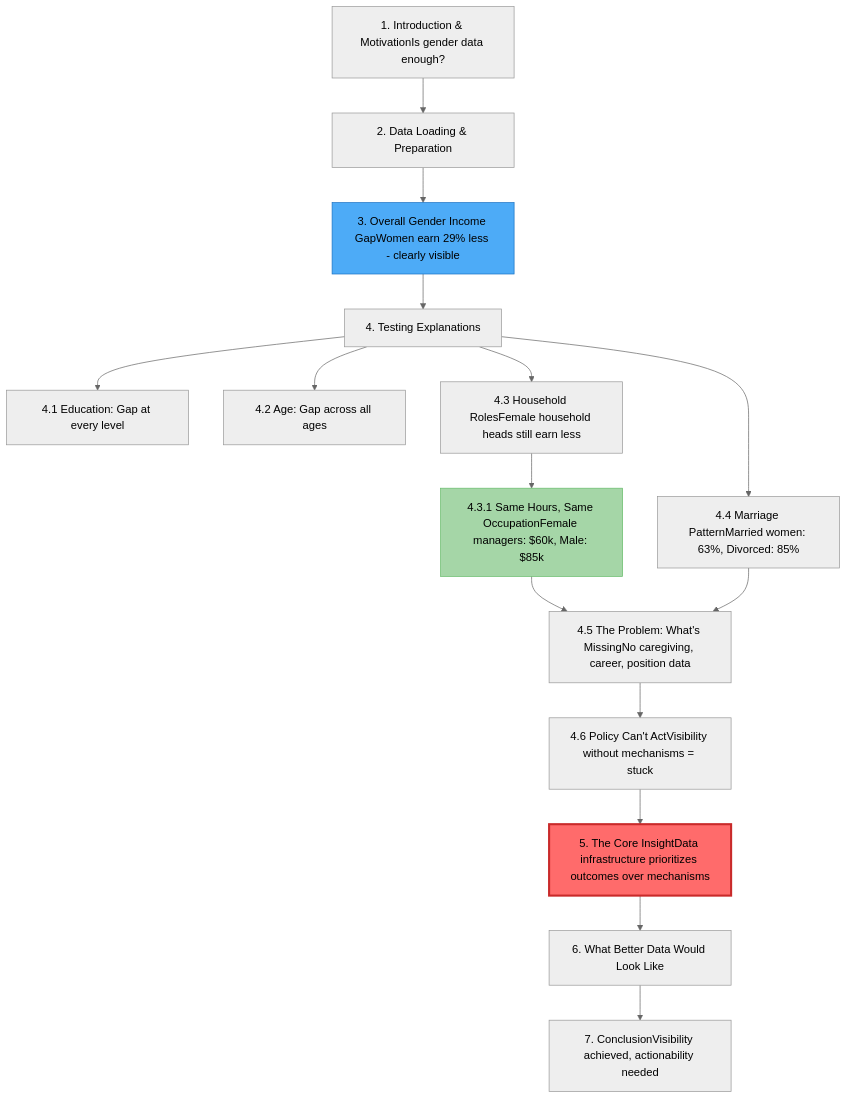
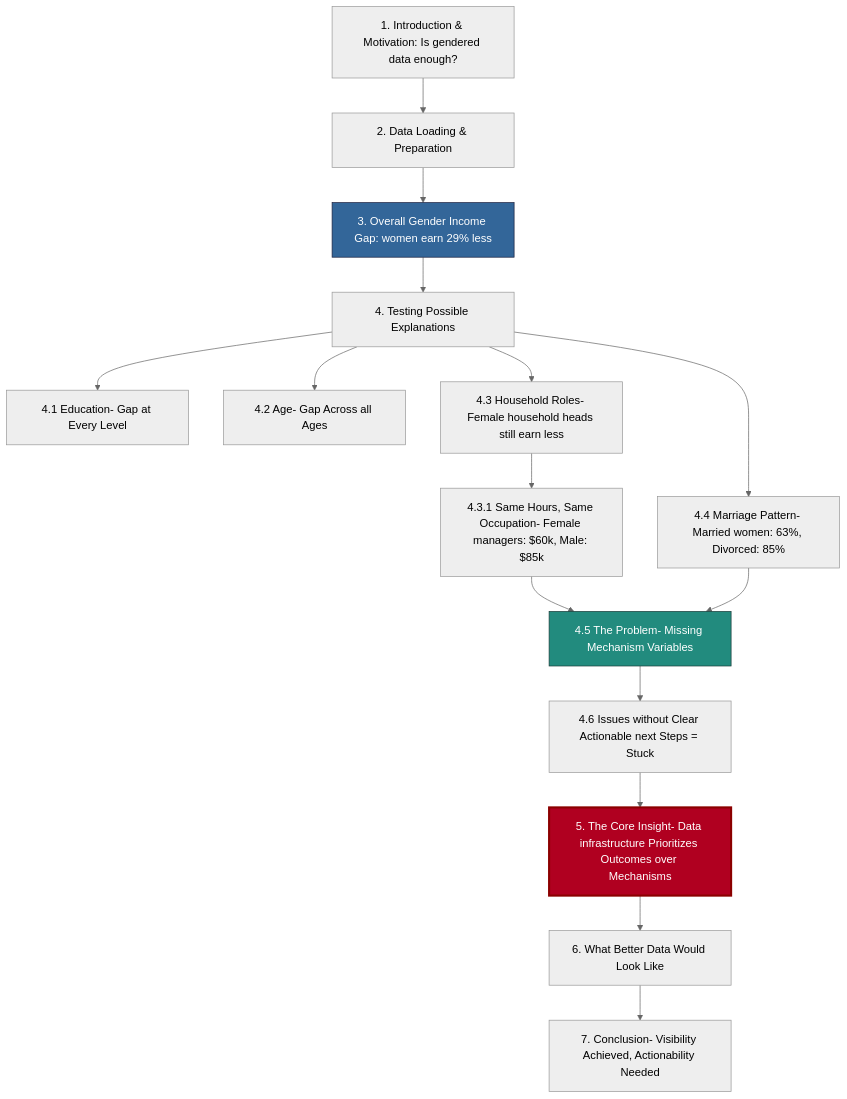
One commit to harshatha-prasanna/gender_data_bias changed the diagram in README.md. Above: the diagram before and after it, drawn with Mermaid (neutral theme).

Commit message:
changed colors

````diff
--- a/README.md
+++ b/README.md
@@ -26,21 +26,21 @@
 ```mermaid
 graph TD
-    A[1. Introduction & MotivationIs gender data enough?] --> B[2. Data Loading & Preparation]
-    B --> C[3. Overall Gender Income GapWomen earn 29% less - clearly visible]
-    C --> D[4. Testing Explanations]
-    D --> E[4.1 Education: Gap at every level]
-    D --> F[4.2 Age: Gap across all ages]
-    D --> G[4.3 Household RolesFemale household heads still earn less]
-    G --> H[4.3.1 Same Hours, Same OccupationFemale managers: $60k, Male: $85k]
-    D --> I[4.4 Marriage PatternMarried women: 63%, Divorced: 85%]
-    H --> J[4.5 The Problem: What's MissingNo caregiving, career, position data]
+    A[1. Introduction & Motivation: Is gendered data enough?] --> B[2. Data Loading & Preparation]
+    B --> C[3. Overall Gender Income Gap: women earn 29% less]
+    C --> D[4. Testing Possible Explanations]
+    D --> E[4.1 Education- Gap at Every Level]
+    D --> F[4.2 Age- Gap Across all Ages]
+    D --> G[4.3 Household Roles- Female household heads still earn less]
+    G --> H[4.3.1 Same Hours, Same Occupation- Female managers: $60k, Male: $85k]
+    D --> I[4.4 Marriage Pattern- Married women: 63%, Divorced: 85%]
+    H --> J[4.5 The Problem- Missing Mechanism Variables]
     I --> J
-    J --> K[4.6 Policy Can't ActVisibility without mechanisms = stuck]
-    K --> L[5. The Core InsightData infrastructure prioritizes outcomes over mechanisms]
+    J --> K[4.6 Issues without Clear Actionable next Steps = Stuck]
+    K --> L[5. The Core Insight- Data infrastructure Prioritizes Outcomes over Mechanisms]
     L --> M[6. What Better Data Would Look Like]
-    M --> N[7. ConclusionVisibility achieved, actionability needed]
+    M --> N[7. Conclusion- Visibility Achieved, Actionability Needed]
     
-    style L fill:#ff6b6b,stroke:#c92a2a,stroke-width:3px
-    style C fill:#4dabf7,stroke:#1971c2
-    style H fill:#a5d6a7,stroke:#66bb6a
+  style L fill:#b00020,stroke:#8b0000,stroke-width:3px,color:#ffffff
+  style C fill:#336699,stroke:#1a1f3d,color:#ffffff
+  style J fill:#228b7e,stroke:#1c3d3a,color:#ffffff
 ```
````
